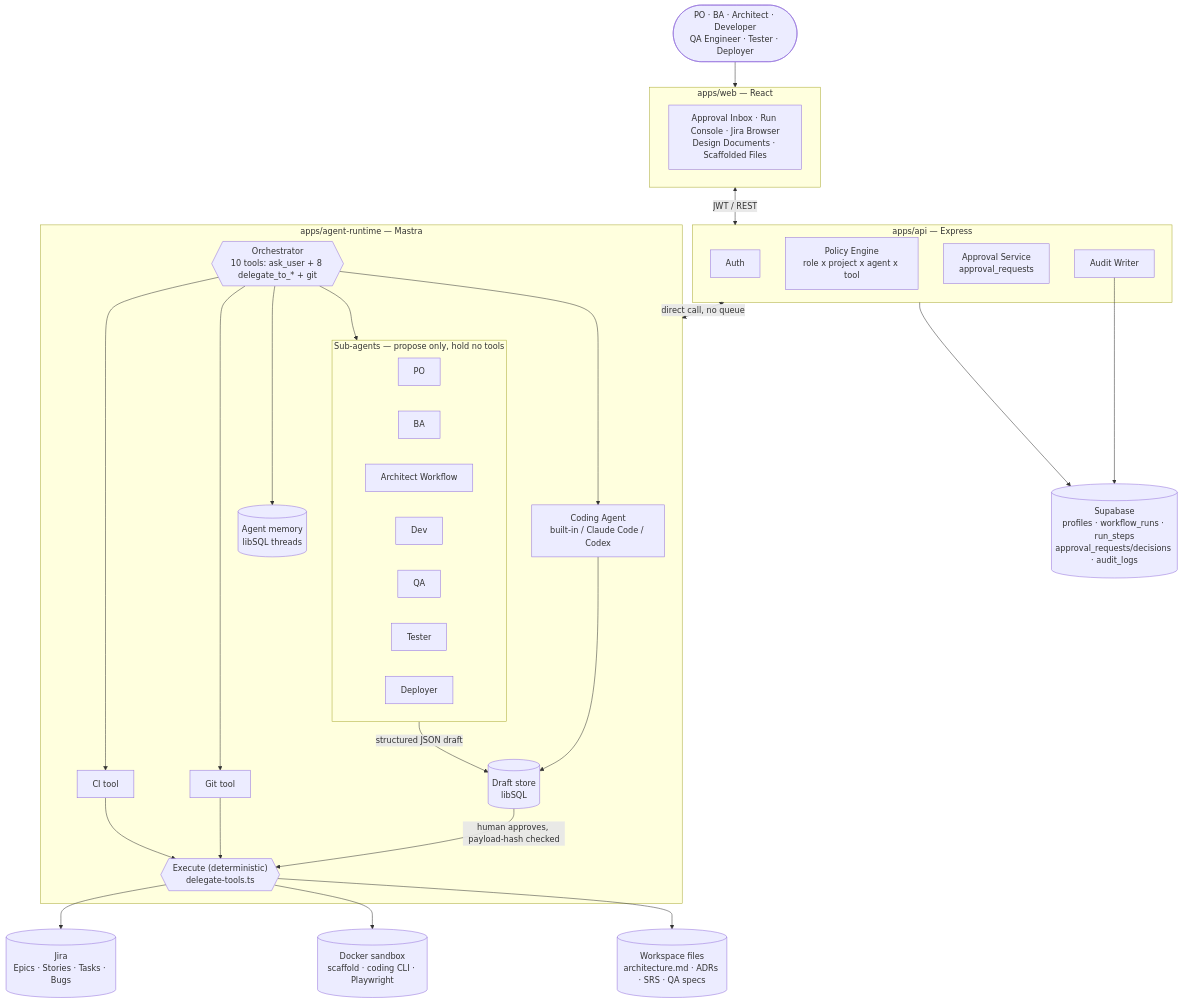
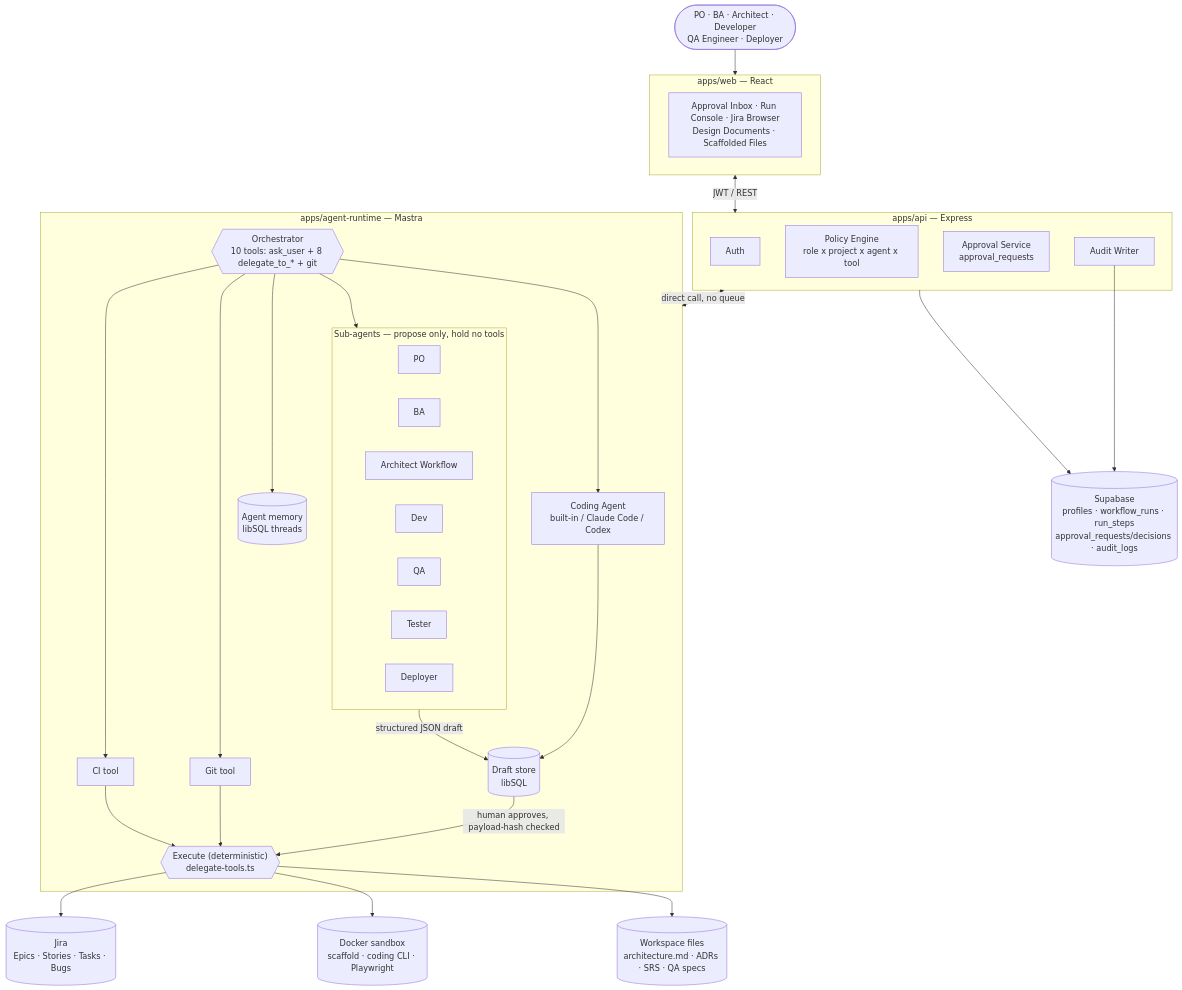
The first of 2 diagrams in docs/ARCHITECTURE.md (HasithaErandika/aura), drawn with Mermaid before and after one commit. The commit also changed other lines of this file and 23 other files, not shown here.

````diff
--- a/docs/ARCHITECTURE.md
+++ b/docs/ARCHITECTURE.md
@@ -55,59 +63,59 @@
 ```mermaid
 flowchart TD
-    ROLES(["PO · BA · Architect · Developer<br/>QA Engineer · Tester · Deployer"]) --> WEB
+    ROLES(["PO · BA · Architect · Developer<br/>QA Engineer · Deployer"]) --> WEB
 
     subgraph WEB["apps/web — React"]
         UI["Approval Inbox · Run Console · Jira Browser<br/>Design Documents · Scaffolded Files"]
     end
 
     WEB <-->|"JWT / REST"| API
 
     subgraph API["apps/api — Express"]
         AUTH[Auth]
         POL["Policy Engine<br/>role x project x agent x tool"]
         APR["Approval Service<br/>approval_requests"]
         AUD[Audit Writer]
     end
 
     API <-->|"direct call, no queue"| RT
 
     subgraph RT["apps/agent-runtime — Mastra"]
         ORCH{{"Orchestrator<br/>10 tools: ask_user + 8 delegate_to_* + git"}}
 
         subgraph AGENTS["Sub-agents — propose only, hold no tools"]
             PO_A[PO]
             BA_A[BA]
             AR_A["Architect Workflow"]
             DEV_A[Dev]
             QA_A[QA]
             TS_A[Tester]
             DP_A[Deployer]
         end
 
         CODE["Coding Agent<br/>built-in / Claude Code / Codex"]
         GITT["Git tool"]
         CI["CI tool"]
         MEM[("Agent memory<br/>libSQL threads")]
 
         ORCH --> AGENTS
         ORCH --> CODE
         ORCH --> GITT
         ORCH --> CI
         ORCH --> MEM
 
         AGENTS -->|"structured JSON draft"| DRAFT[("Draft store<br/>libSQL")]
         CODE --> DRAFT
 
         EXEC{{"Execute (deterministic)<br/>delegate-tools.ts"}}
         DRAFT -->|"human approves, payload-hash checked"| EXEC
         GITT --> EXEC
         CI --> EXEC
     end
 
     EXEC --> JIRA[("Jira<br/>Epics · Stories · Tasks · Bugs")]
     EXEC --> DOCKER[("Docker sandbox<br/>scaffold · coding CLI · Playwright")]
     EXEC --> FILES[("Workspace files<br/>architecture.md · ADRs · SRS · QA specs")]
 
     API --> SUPA[("Supabase<br/>profiles · workflow_runs · run_steps<br/>approval_requests/decisions · audit_logs")]
     AUD --> SUPA
 ```
````
